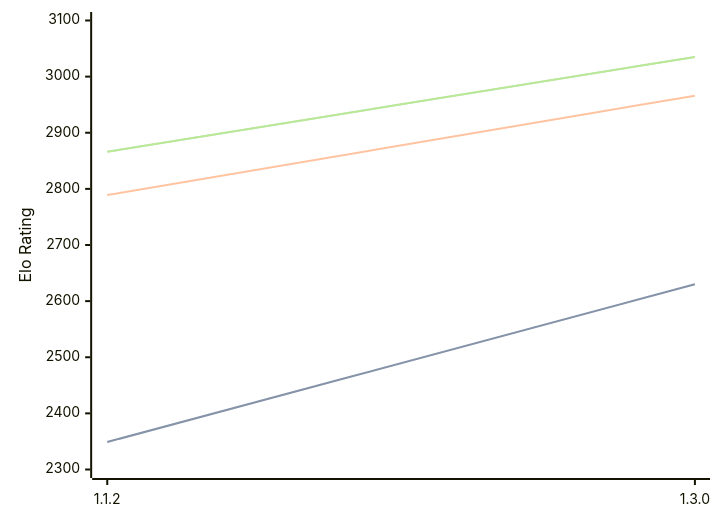
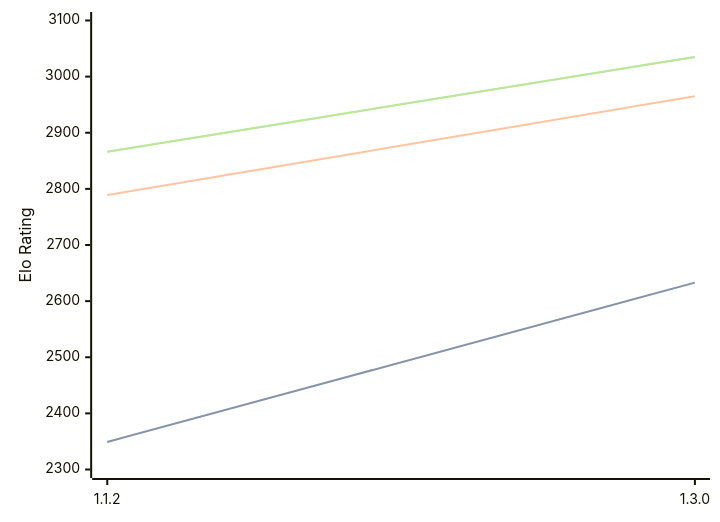
The diagram in engines/Ember.md (computer-chess-index/cci), drawn with Mermaid before and after one commit. The commit also changed other lines of this file, not shown here.

````diff
--- a/engines/Ember.md
+++ b/engines/Ember.md
@@ -41,11 +41,11 @@
 ```mermaid
 %%{init: {"theme":"base","themeVariables":{"seriesColors:['#a3a3a3','#222221','#faa371']}}}%%
 xychart-beta
   x-axis ["1.1.2", "1.3.0"]
   y-axis "Elo Rating" 2300 --> 3100
-  line "" [2349, 2630]
-  line "STC (8.0+0.08s)" [2349, 2630]
-  line "LTC (60.0+0.60s)" [2789, 2966]
+  line "" [2349, 2633]
+  line "STC (8.0+0.08s)" [2349, 2633]
+  line "LTC (60.0+0.60s)" [2789, 2965]
   line "" [2866, 3035]
   line "VLTC (2m24s+1.12s)" [2866, 3035]
 ```
````
